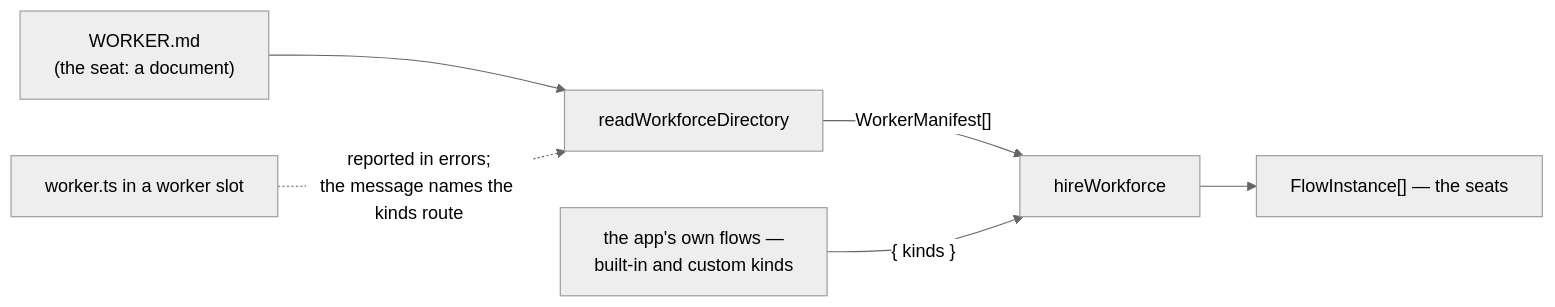
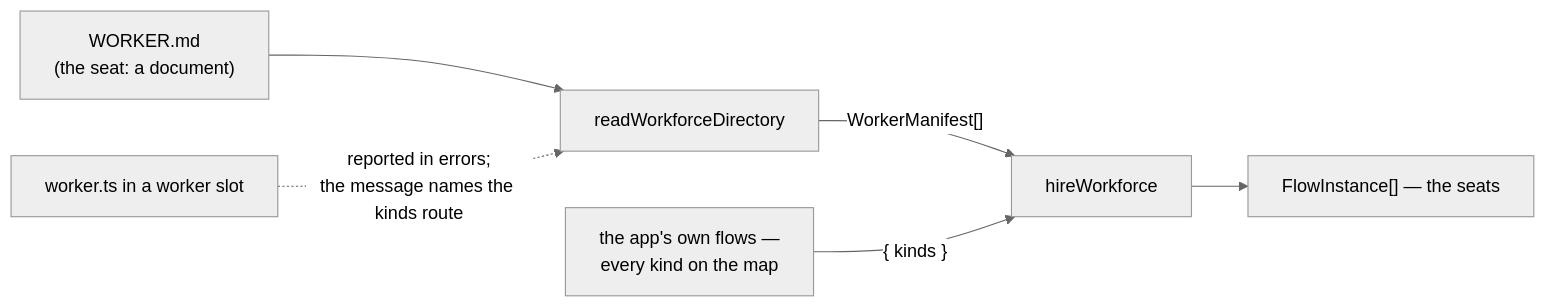
One commit to fixpoint-labs/flow-state-dev changed the diagram in spec/FIX-1342.md. Above: the diagram before and after it, drawn with Mermaid (neutral theme). The commit also changed other lines of this file, not shown here.

First line of the commit message:
docs(spec): FIX-1342 — there is no built-in kind set; examples use `instructions`

````diff
--- a/spec/FIX-1342.md
+++ b/spec/FIX-1342.md
@@ -210,8 +210,8 @@
 ```mermaid
 flowchart LR
   MD["WORKER.md<br/>(the seat: a document)"] --> L["readWorkforceDirectory"]
   L -->|"WorkerManifest[]"| H["hireWorkforce"]
-  APP["the app's own flows —<br/>built-in and custom kinds"] -->|"{ kinds }"| H
+  APP["the app's own flows —<br/>every kind on the map"] -->|"{ kinds }"| H
   H --> S["FlowInstance[] — the seats"]
   TS["worker.ts in a worker slot"] -.->|"reported in errors;<br/>the message names the kinds route"| L
 ```
````
